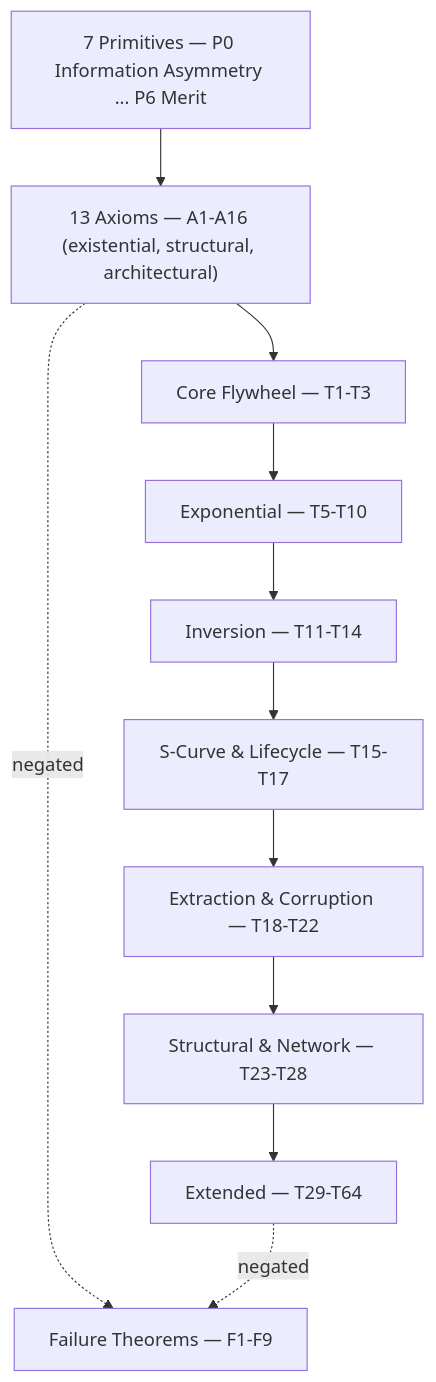
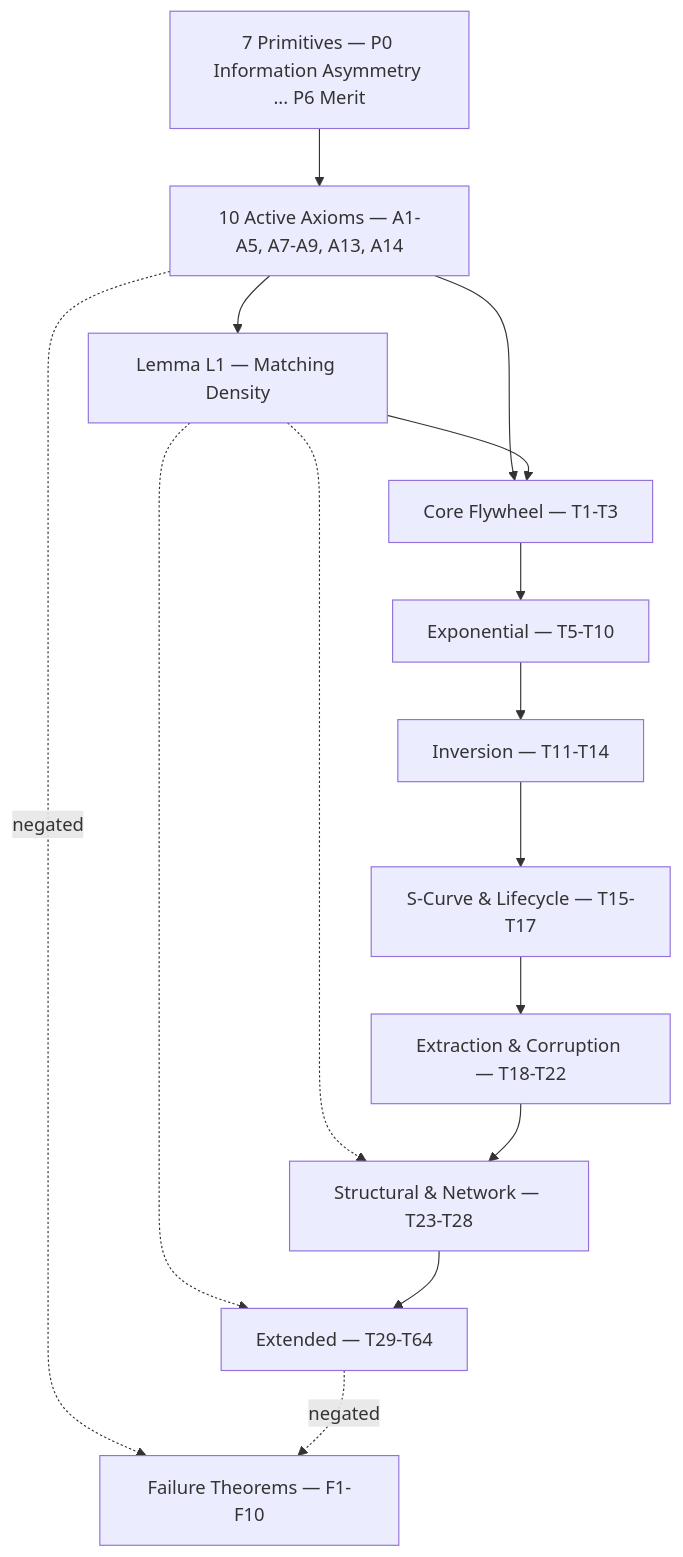
The diagram in src/content/docs/specification/theorems/index.mdx (juancolonbolea/darwin-protocol.org), drawn with Mermaid before and after one commit. The commit also changed other lines of this file and 20 other files, not shown here.

````diff
--- a/src/content/docs/specification/theorems/index.mdx
+++ b/src/content/docs/specification/theorems/index.mdx
@@ -33,24 +38,29 @@
 ```mermaid
 flowchart TD
     P["7 Primitives — P0 Information Asymmetry ... P6 Merit"]
-    AX["13 Axioms — A1-A16 (existential, structural, architectural)"]
+    AX["10 Active Axioms — A1-A5, A7-A9, A13, A14"]
+    L1["Lemma L1 — Matching Density"]
     CF["Core Flywheel — T1-T3"]
     EXP["Exponential — T5-T10"]
     INV["Inversion — T11-T14"]
     SC["S-Curve & Lifecycle — T15-T17"]
     EX["Extraction & Corruption — T18-T22"]
     ST["Structural & Network — T23-T28"]
     XT["Extended — T29-T64"]
-    F["Failure Theorems — F1-F9"]
+    F["Failure Theorems — F1-F10"]
 
     P --> AX
+    AX --> L1
     AX --> CF
+    L1 --> CF
+    L1 -.-> ST
+    L1 -.-> XT
     CF --> EXP
     EXP --> INV
     INV --> SC
     SC --> EX
     EX --> ST
     ST --> XT
     AX -.negated.-> F
     XT -.negated.-> F
 ```
````
